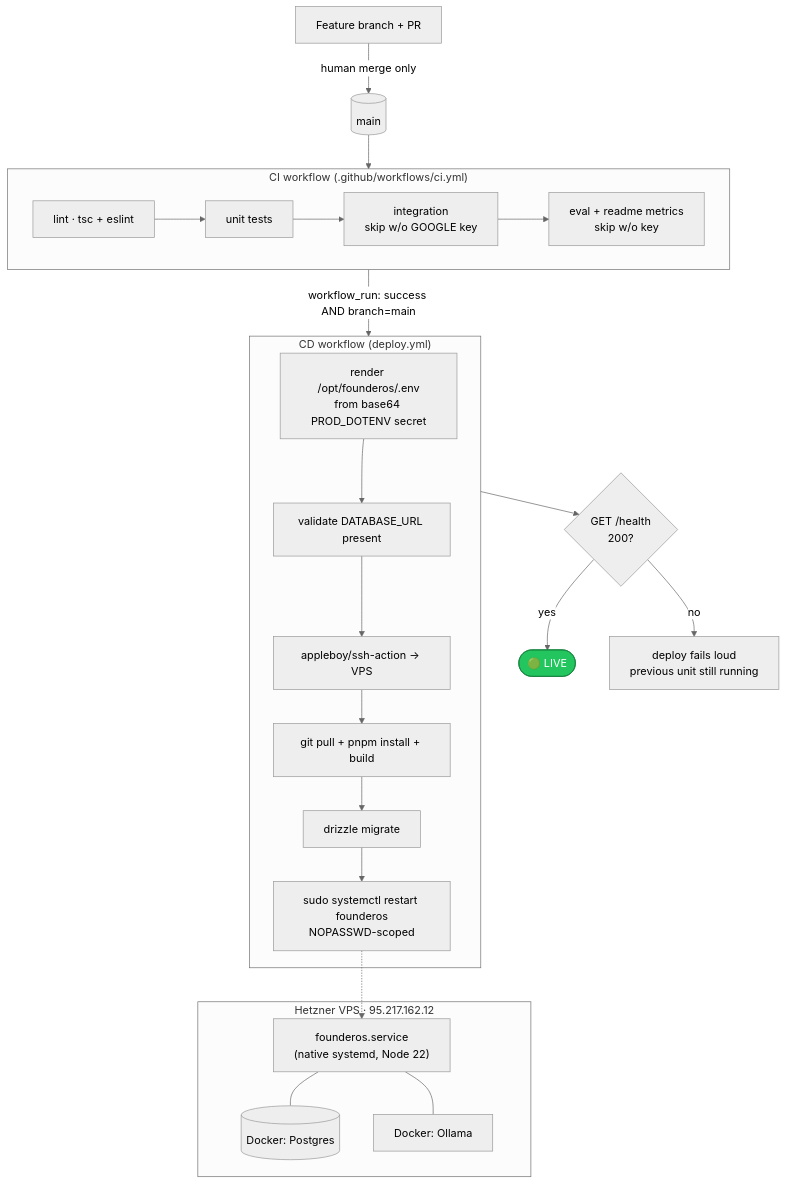
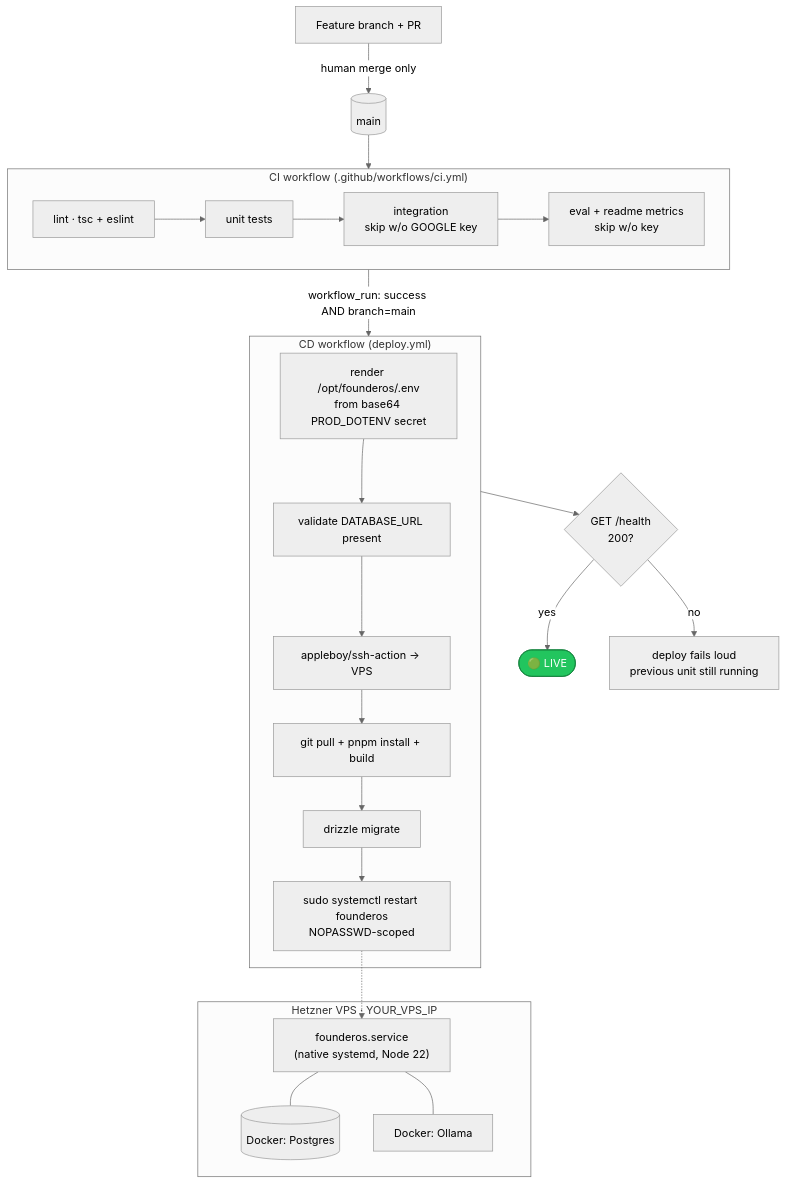
Before and after one commit to pushkarverma3698/FounderOS: the diagram in docs/diagrams/05-deployment-pipeline.md, drawn with Mermaid (neutral theme). The commit also changed other lines of this file and 13 other files, not shown here.

````diff
--- a/docs/diagrams/05-deployment-pipeline.md
+++ b/docs/diagrams/05-deployment-pipeline.md
@@ -7,37 +7,37 @@
 ```mermaid
 flowchart TD
   pr[Feature branch + PR] -->|human merge only| main[(main)]
   main --> ci
 
   subgraph ci["CI workflow (.github/workflows/ci.yml)"]
     lint[lint · tsc + eslint] --> unit[unit tests]
     unit --> integ[integration<br/>skip w/o GOOGLE key]
     integ --> evalj[eval + readme metrics<br/>skip w/o key]
   end
 
   ci -->|workflow_run: success AND branch=main| cd
 
   subgraph cd["CD workflow (deploy.yml)"]
     render[render /opt/founderos/.env<br/>from base64 PROD_DOTENV secret] --> validate[validate DATABASE_URL present]
     validate --> ssh[appleboy/ssh-action → VPS]
     ssh --> pull[git pull + pnpm install + build]
     pull --> migrate[drizzle migrate]
     migrate --> restart[sudo systemctl restart founderos<br/>NOPASSWD-scoped]
   end
 
   cd --> health{GET /health<br/>200?}
   health -- yes --> live([🟢 LIVE])
   health -- no --> rollback[deploy fails loud<br/>previous unit still running]
 
-  subgraph vps["Hetzner VPS · 95.217.162.12"]
+  subgraph vps["Hetzner VPS · YOUR_VPS_IP"]
     app["founderos.service<br/>(native systemd, Node 22)"]
     dpg[("Docker: Postgres")]
     dol["Docker: Ollama"]
     app --- dpg
     app --- dol
   end
   restart -.-> app
 
   classDef live fill:#22c55e,stroke:#15803d,color:#fff
   class live live
 ```
````
